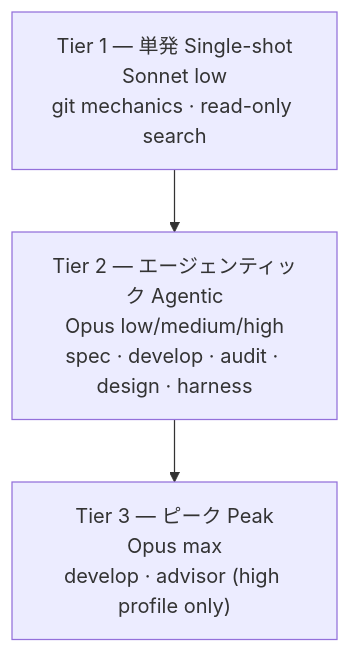
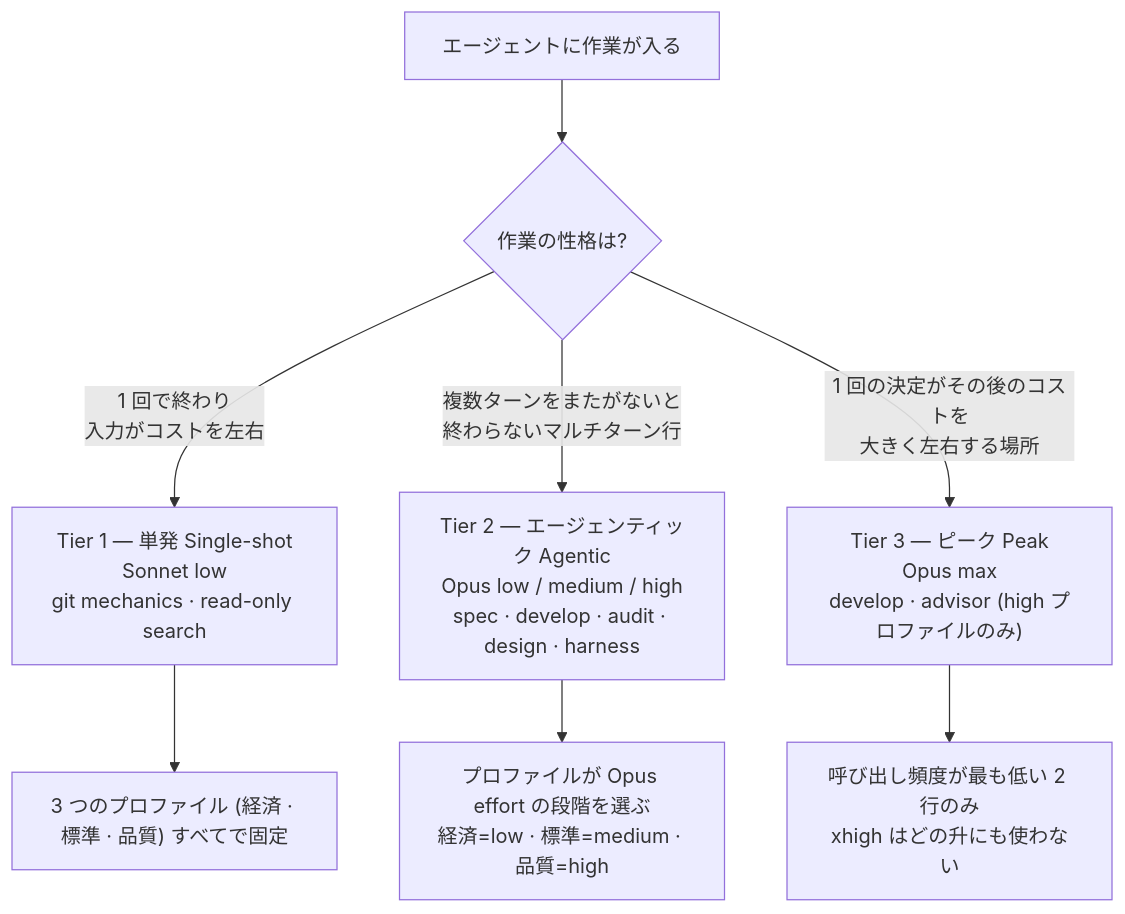
The second of 2 diagrams in docs-site/content/ja/advanced/no-haiku-3tier.md (modu-ai/moai-adk), drawn with Mermaid before and after one commit. The commit also changed other lines of this file and 25 other files, not shown here.

````diff
--- a/docs-site/content/ja/advanced/no-haiku-3tier.md
+++ b/docs-site/content/ja/advanced/no-haiku-3tier.md
@@ -40,8 +72,15 @@
 ```mermaid
 flowchart TD
+    START["エージェントに作業が入る"] --> Q{"作業の性格は?"}
+    Q -- "1 回で終わり\n入力がコストを左右" --> T1
+    Q -- "複数ターンをまたがないと\n終わらないマルチターン行" --> T2
+    Q -- "1 回の決定がその後のコストを\n大きく左右する場所" --> T3
+
     T1["Tier 1 — 単発 Single-shot<br/>Sonnet low<br/>git mechanics · read-only search"]
-    T2["Tier 2 — エージェンティック Agentic<br/>Opus low/medium/high<br/>spec · develop · audit · design · harness"]
-    T3["Tier 3 — ピーク Peak<br/>Opus max<br/>develop · advisor (high profile only)"]
+    T2["Tier 2 — エージェンティック Agentic<br/>Opus low / medium / high<br/>spec · develop · audit · design · harness"]
+    T3["Tier 3 — ピーク Peak<br/>Opus max<br/>develop · advisor (high プロファイルのみ)"]
 
-    T1 --> T2 --> T3
+    T1 --> NOTE["3 つのプロファイル (経済 · 標準 · 品質) すべてで固定"]
+    T2 --> NOTE2["プロファイルが Opus effort の段階を選ぶ<br/>経済=low · 標準=medium · 品質=high"]
+    T3 --> NOTE3["呼び出し頻度が最も低い 2 行のみ<br/>xhigh はどの升にも使わない"]
 ```
````
